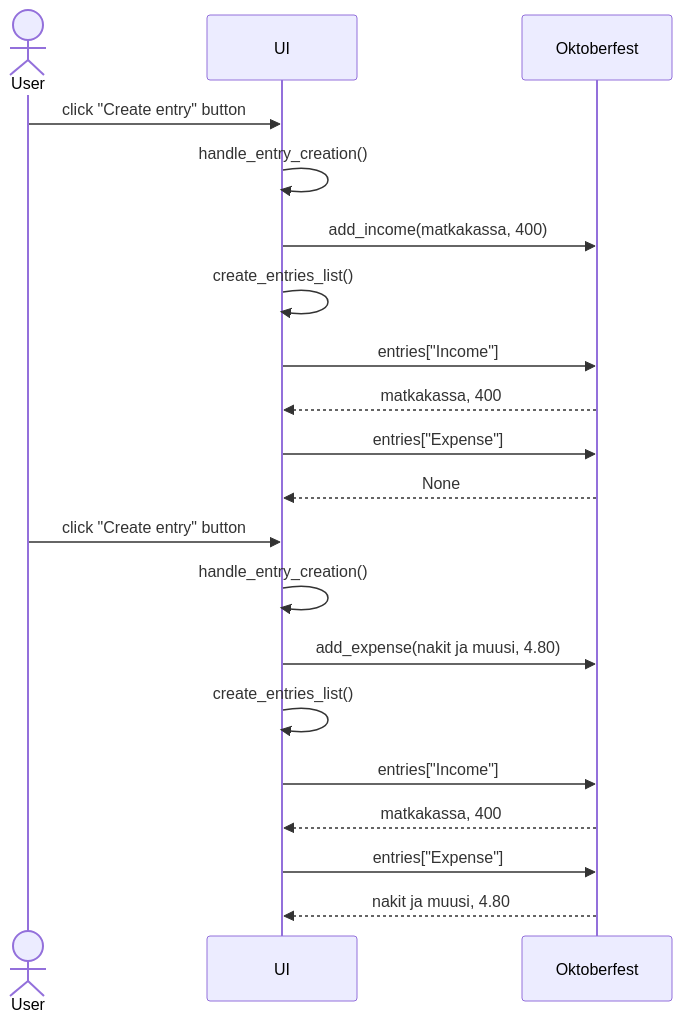
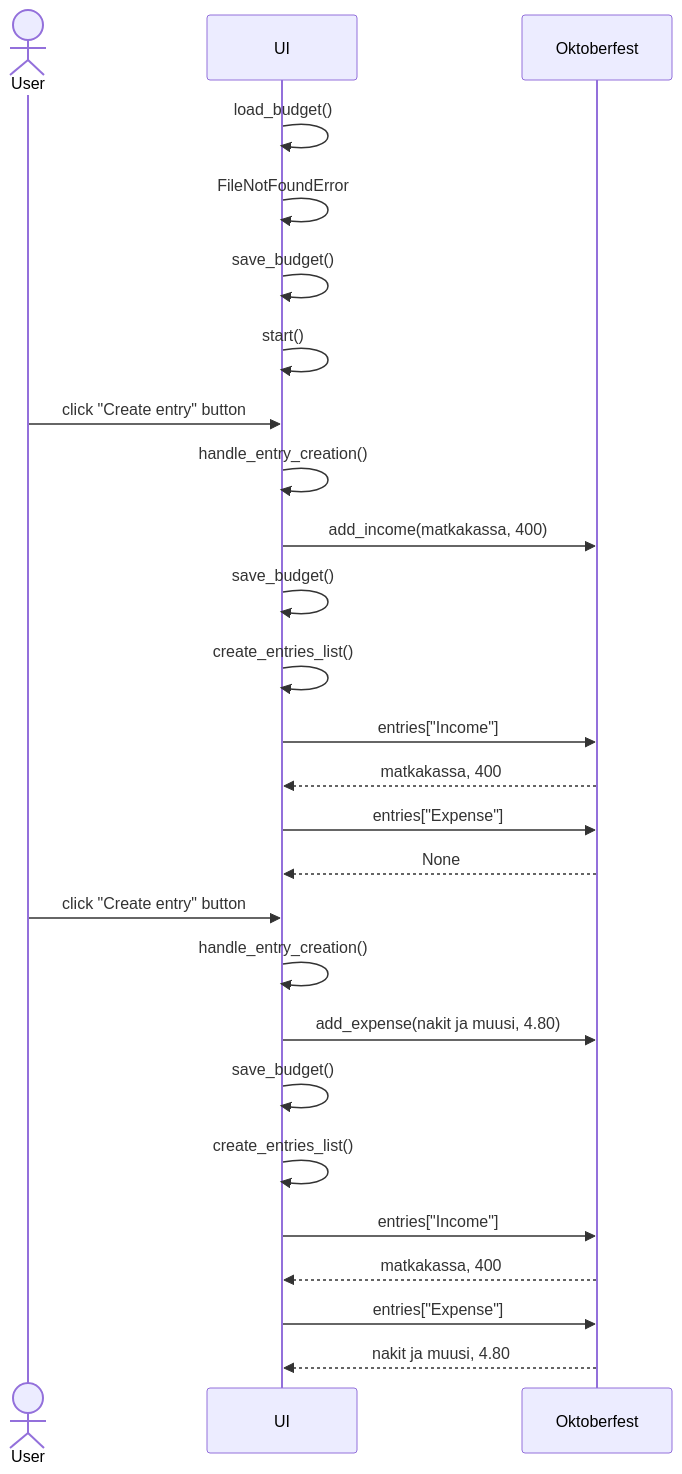
The second of 2 diagrams in budjetointisovellus/dokumentaatio/arkkitehtuuri.md (kuosaton/ot-harjoitustyo), drawn with Mermaid before and after one commit. The commit also changed other lines of this file, not shown here.

Commit message:
Päivitetty vastaamaan pysyväistallennusta

````diff
--- a/budjetointisovellus/dokumentaatio/arkkitehtuuri.md
+++ b/budjetointisovellus/dokumentaatio/arkkitehtuuri.md
@@ -70,22 +72,28 @@
 ```mermaid
 sequenceDiagram
   actor User
   participant UI
+  UI->>UI: load_budget()
+  UI->>UI: FileNotFoundError
   participant Oktoberfest
+  UI->>UI: save_budget()
+  UI->>UI: start()
   User->>UI: click "Create entry" button
   UI->>UI: handle_entry_creation()
   UI->>Oktoberfest: add_income(matkakassa, 400)
+  UI->>UI: save_budget()
   UI->>UI: create_entries_list()
   UI->>Oktoberfest: entries["Income"]
   Oktoberfest-->>UI: matkakassa, 400
   UI->>Oktoberfest: entries["Expense"]
   Oktoberfest-->>UI: None
   User->>UI: click "Create entry" button
   UI->>UI: handle_entry_creation()
   UI->>Oktoberfest: add_expense(nakit ja muusi, 4.80)
+  UI->>UI: save_budget()
   UI->>UI: create_entries_list()
   UI->>Oktoberfest: entries["Income"]
   Oktoberfest-->>UI: matkakassa, 400
   UI->>Oktoberfest: entries["Expense"]
   Oktoberfest-->>UI: nakit ja muusi, 4.80
 ```
````
